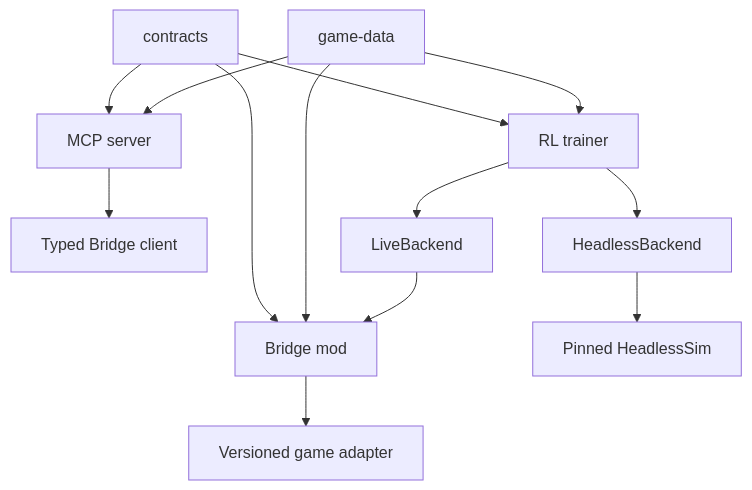
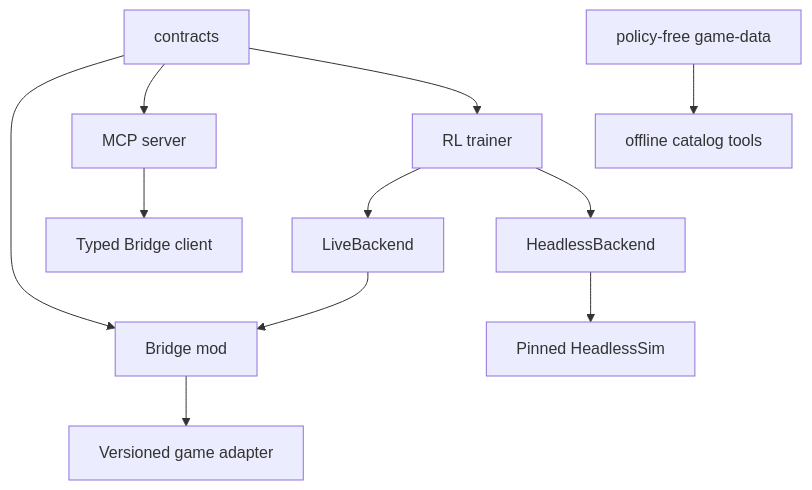
The diagram in docs/architecture.md (Yidhar/sts2-mcp), drawn with Mermaid before and after one commit. The commit also changed other lines of this file and 575 other files, not shown here.

````diff
--- a/docs/architecture.md
+++ b/docs/architecture.md
@@ -31,15 +31,13 @@
 ```mermaid
 flowchart TD
     C[contracts] --> B[Bridge mod]
     C --> M[MCP server]
     C --> R[RL trainer]
-    D[game-data] --> B
-    D --> M
-    D --> R
+    D[policy-free game-data] --> O[offline catalog tools]
     B --> A[Versioned game adapter]
     M --> BC[Typed Bridge client]
     R --> LB[LiveBackend]
     R --> HB[HeadlessBackend]
     LB --> B
     HB --> S[Pinned HeadlessSim]
 ```
````
